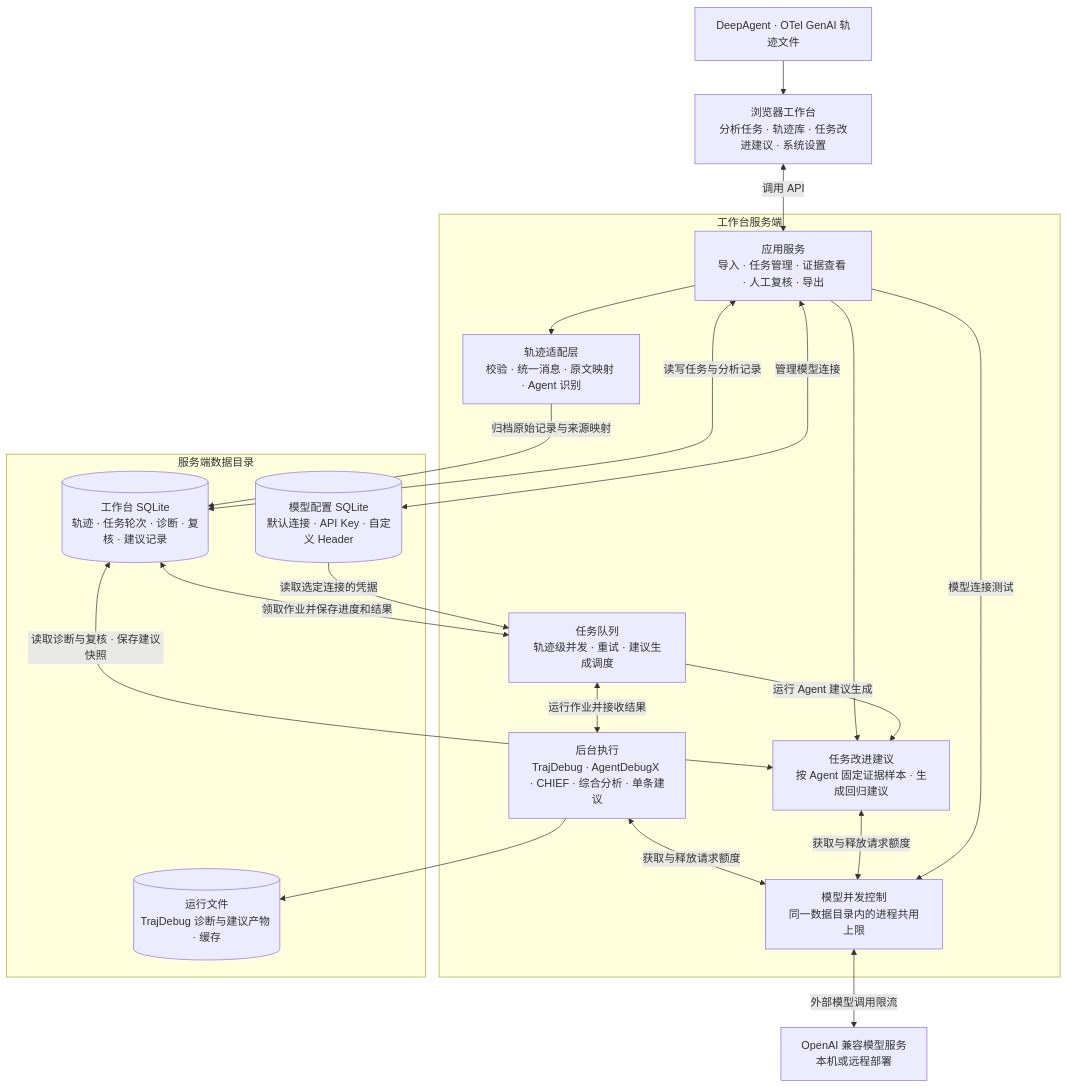
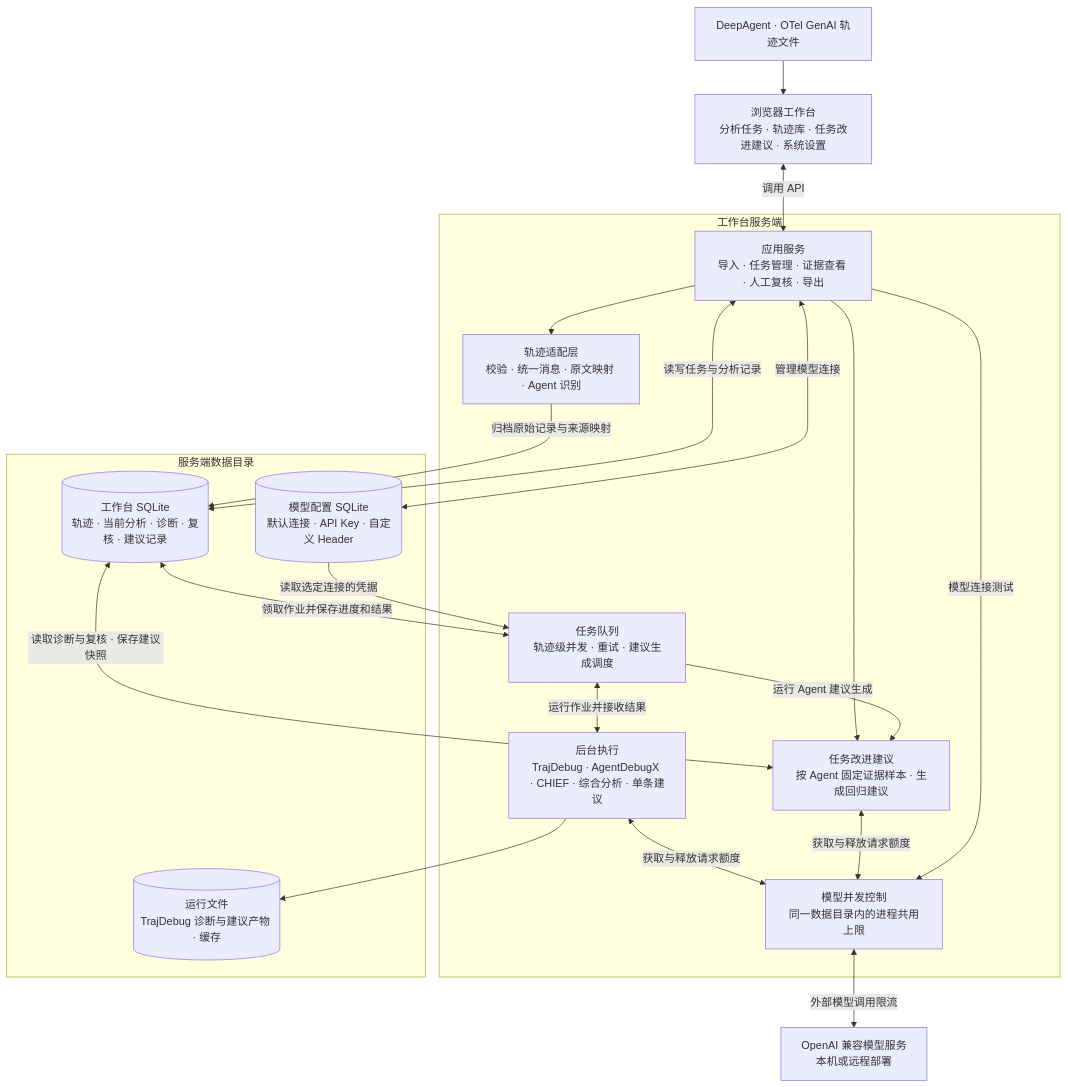
Before and after one commit to szluoqy-byte/agent-trace-diagnostics: the first of 2 diagrams in docs/architecture.md, drawn with Mermaid. The commit also changed other lines of this file and 18 other files, not shown here.

Commit message:
简化当前分析视图并统一工作台单屏布局

````diff
--- a/docs/architecture.md
+++ b/docs/architecture.md
@@ -7,40 +7,40 @@
 ```mermaid
 flowchart TB
     Sources["DeepAgent · OTel GenAI 轨迹文件"]
     UI["浏览器工作台<br/>分析任务 · 轨迹库 · 任务改进建议 · 系统设置"]
     Model["OpenAI 兼容模型服务<br/>本机或远程部署"]
 
     subgraph Workbench["工作台服务端"]
         API["应用服务<br/>导入 · 任务管理 · 证据查看 · 人工复核 · 导出"]
         Adapter["轨迹适配层<br/>校验 · 统一消息 · 原文映射 · Agent 识别"]
         Queue["任务队列<br/>轨迹级并发 · 重试 · 建议生成调度"]
         Diagnosis["后台执行<br/>TrajDebug · AgentDebugX · CHIEF · 综合分析 · 单条建议"]
         Improvements["任务改进建议<br/>按 Agent 固定证据样本 · 生成回归建议"]
         ModelSlots["模型并发控制<br/>同一数据目录内的进程共用上限"]
 
         API --> Adapter
         API --> Improvements
         Queue <-->|运行作业并接收结果| Diagnosis
         Queue -->|运行 Agent 建议生成| Improvements
     end
 
     subgraph Storage["服务端数据目录"]
-        Workspace[("工作台 SQLite<br/>轨迹 · 任务轮次 · 诊断 · 复核 · 建议记录")]
+        Workspace[("工作台 SQLite<br/>轨迹 · 当前分析 · 诊断 · 复核 · 建议记录")]
         Connections[("模型配置 SQLite<br/>默认连接 · API Key · 自定义 Header")]
         Artifacts[("运行文件<br/>TrajDebug 诊断与建议产物 · 缓存")]
     end
 
     Sources --> UI
     UI <-->|调用 API| API
     Adapter -->|归档原始记录与来源映射| Workspace
     API <-->|读写任务与分析记录| Workspace
     API <-->|管理模型连接| Connections
     Workspace <-->|领取作业并保存进度和结果| Queue
     Connections -->|读取选定连接的凭据| Queue
     Workspace <-->|读取诊断与复核 · 保存建议快照| Improvements
     Diagnosis --> Artifacts
     Diagnosis <-->|获取与释放请求额度| ModelSlots
     Improvements <-->|获取与释放请求额度| ModelSlots
     API -->|模型连接测试| ModelSlots
     ModelSlots <-->|外部模型调用限流| Model
 ```
````
